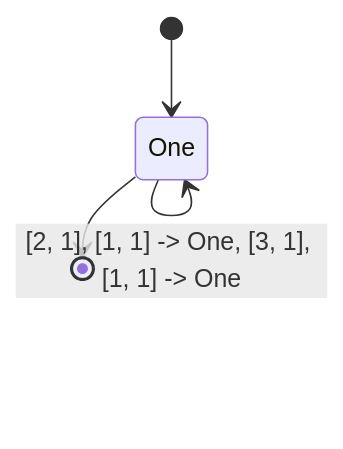
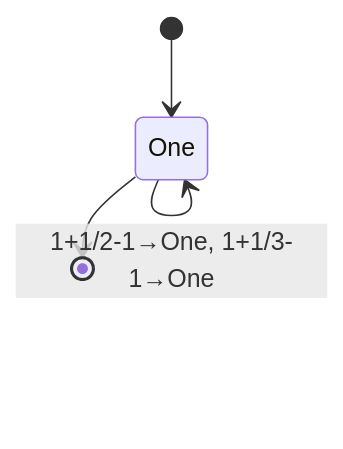
Before and after one commit to raganwald/raganwald.github.com: the diagram in _posts/2020-05-03-fractran.md, drawn with Mermaid. The commit also changed other lines of this file, not shown here.

```diff
--- a/_posts/2020-05-03-fractran.md
+++ b/_posts/2020-05-03-fractran.md
@@ -318,6 +318,6 @@
 <div class="mermaid">
   stateDiagram
     [*] --> One
-    One --> One: [2, 1], [1, 1] -> One, [3, 1], [1, 1] -> One
+    One --> One: 1+1/2-1→One, 1+1/3-1→One
     One --> [*]
 </div>
```
